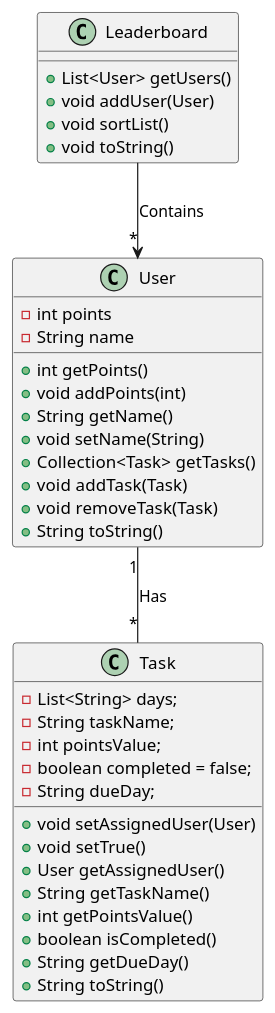
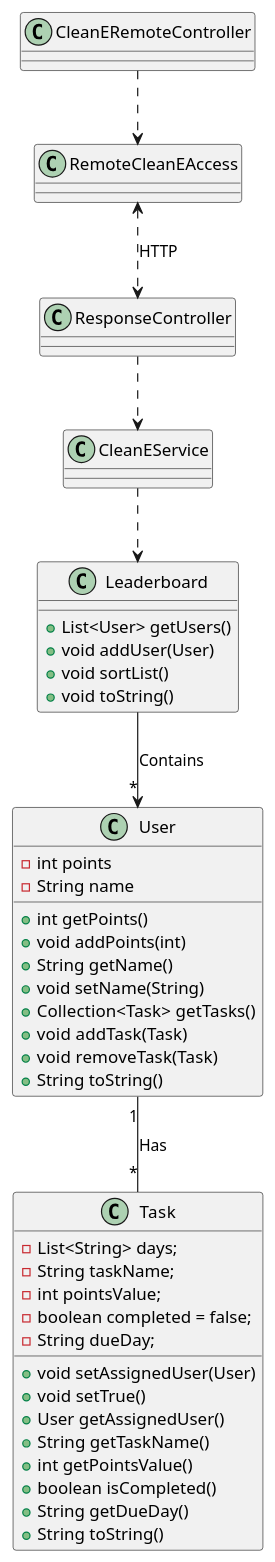
Before and after one commit to bcfogale/IT1901-Project: the diagram in docs/diagrammer/klassediagram_core.puml, drawn with PlantUML. The commit also changed 4 other files, not shown here.

Commit message:
Issue #48: Oppdatert klassediagram.

```diff
--- a/docs/diagrammer/klassediagram_core.puml
+++ b/docs/diagrammer/klassediagram_core.puml
@@ -1,42 +1,66 @@
 @startuml diagram
 
 class Leaderboard{
 + List<User> getUsers()
 + void addUser(User)
 + void sortList()
 + void toString()
 }
 
 class User{
 - int points
 - String name
 + int getPoints()
 + void addPoints(int)
 + String getName()
 + void setName(String)
 + Collection<Task> getTasks()
 + void addTask(Task)
 + void removeTask(Task)
 +String toString()
 }
 
+class CleanERemoteController {
+
+}
+
+class RemoteCleanEAccess {
+
+}
+
+class ResponseController {
+
+}
+
+class CleanEService {
+
+}
+
+
+
 class Task {
 - List<String> days;
 - String taskName;
 - int pointsValue;
 - boolean completed = false;
 - String dueDay;
 + void setAssignedUser(User)
 + void setTrue()
 + User getAssignedUser()
 + String getTaskName()
 + int getPointsValue()
 + boolean isCompleted()
 + String getDueDay()
 + String toString()
 }
+
+CleanEService ..> Leaderboard
 Leaderboard  --> "*" User: Contains
 User "1" -- "*" Task: Has
+CleanERemoteController ..> RemoteCleanEAccess
+RemoteCleanEAccess <..> ResponseController: HTTP
+ResponseController ..> CleanEService
+
 
 
 @enduml
```
